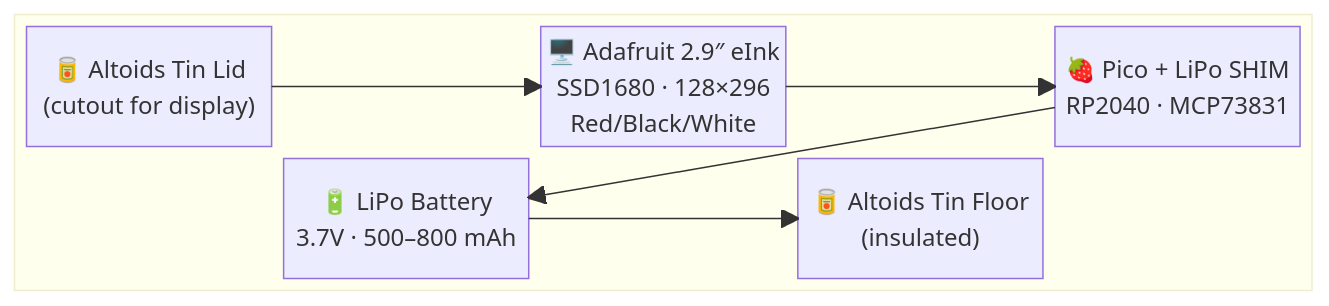
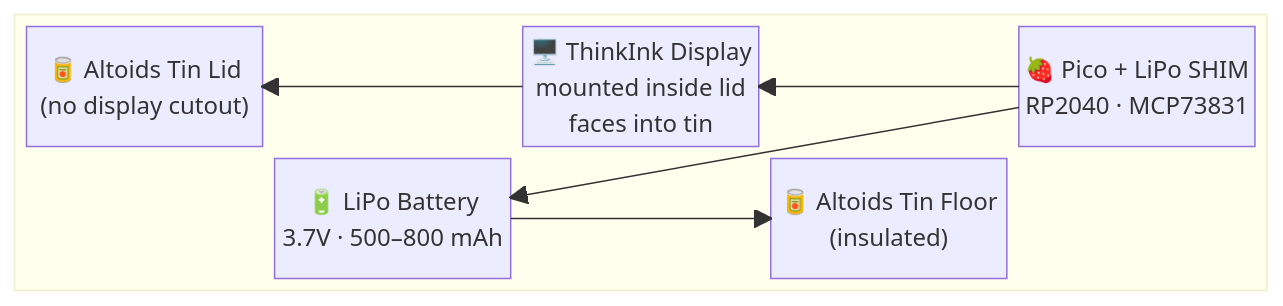
Before and after one commit to kolec94/Altoid_eink: the second of 5 diagrams in README.md, drawn with Mermaid. The commit also changed other lines of this file and 2 other files, not shown here.

Commit message:
Add interactive converter flow

````diff
--- a/README.md
+++ b/README.md
@@ -41,21 +41,21 @@
 ```mermaid
 block-beta
     columns 1
     block:stack
         columns 5
-        lid["🥫 Altoids Tin Lid\n(cutout for display)"]
+        lid["🥫 Altoids Tin Lid\n(no display cutout)"]
         space
-        eink["🖥️ Adafruit 2.9″ eInk\nSSD1680 · 128×296\nRed/Black/White"]
+        eink["🖥️ ThinkInk Display\nmounted inside lid\nfaces into tin"]
         space
         pico["🍓 Pico + LiPo SHIM\nRP2040 · MCP73831"]
         space
         battery["🔋 LiPo Battery\n3.7V · 500–800 mAh"]
         space
         floor["🥫 Altoids Tin Floor\n(insulated)"]
     end
 
-    lid --> eink
-    eink --> pico
+    eink --> lid
+    pico --> eink
     pico --> battery
     battery --> floor
 ```
````
